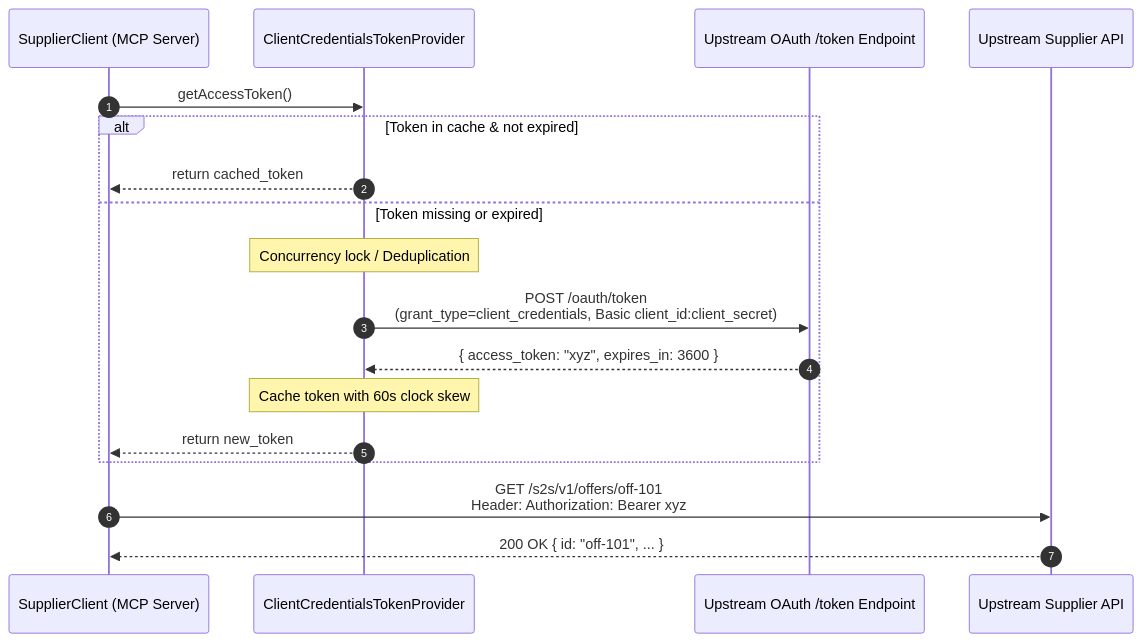
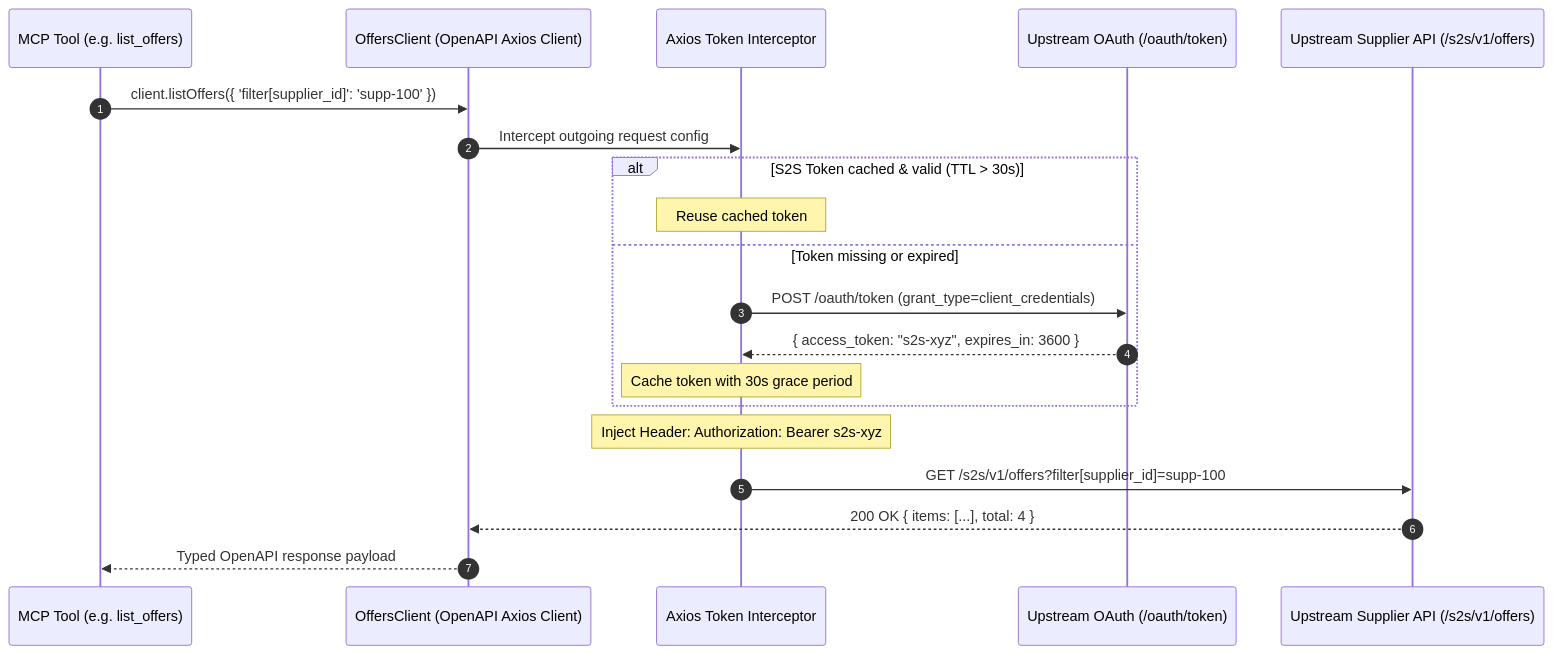
Before and after one commit to atif-konasl/typescript-mcp-server: the diagram in wiki/desing-decision/04-outbound-oauth-client.md, drawn with Mermaid. The commit also changed other lines of this file and 11 other files, not shown here.

````diff
--- a/wiki/desing-decision/04-outbound-oauth-client.md
+++ b/wiki/desing-decision/04-outbound-oauth-client.md
@@ -11,22 +13,25 @@
 ```mermaid
 sequenceDiagram
     autonumber
-    participant Client as SupplierClient (MCP Server)
-    participant Provider as ClientCredentialsTokenProvider
-    participant OAuth as Upstream OAuth /token Endpoint
-    participant API as Upstream Supplier API
+    participant Tool as MCP Tool (e.g. list_offers)
+    participant Client as OffersClient (OpenAPI Axios Client)
+    participant Interceptor as Axios Token Interceptor
+    participant OAuth as Upstream OAuth (/oauth/token)
+    participant API as Upstream Supplier API (/s2s/v1/offers)
 
-    Client->>Provider: getAccessToken()
-    alt Token in cache & not expired
-        Provider-->>Client: return cached_token
+    Tool->>Client: client.listOffers({ 'filter[supplier_id]': 'supp-100' })
+    Client->>Interceptor: Intercept outgoing request config
+    
+    alt S2S Token cached & valid (TTL > 30s)
+        Note over Interceptor: Reuse cached token
     else Token missing or expired
-        Note over Provider: Concurrency lock / Deduplication
-        Provider->>OAuth: POST /oauth/token<br/>(grant_type=client_credentials, Basic client_id:client_secret)
-        OAuth-->>Provider: { access_token: "xyz", expires_in: 3600 }
-        Note over Provider: Cache token with 60s clock skew
-        Provider-->>Client: return new_token
+        Interceptor->>OAuth: POST /oauth/token (grant_type=client_credentials)
+        OAuth-->>Interceptor: { access_token: "s2s-xyz", expires_in: 3600 }
+        Note over Interceptor: Cache token with 30s grace period
     end
 
-    Client->>API: GET /s2s/v1/offers/off-101<br/>Header: Authorization: Bearer xyz
-    API-->>Client: 200 OK { id: "off-101", ... }
+    Note over Interceptor: Inject Header: Authorization: Bearer s2s-xyz
+    Interceptor->>API: GET /s2s/v1/offers?filter[supplier_id]=supp-100
+    API-->>Client: 200 OK { items: [...], total: 4 }
+    Client-->>Tool: Typed OpenAPI response payload
 ```
````
